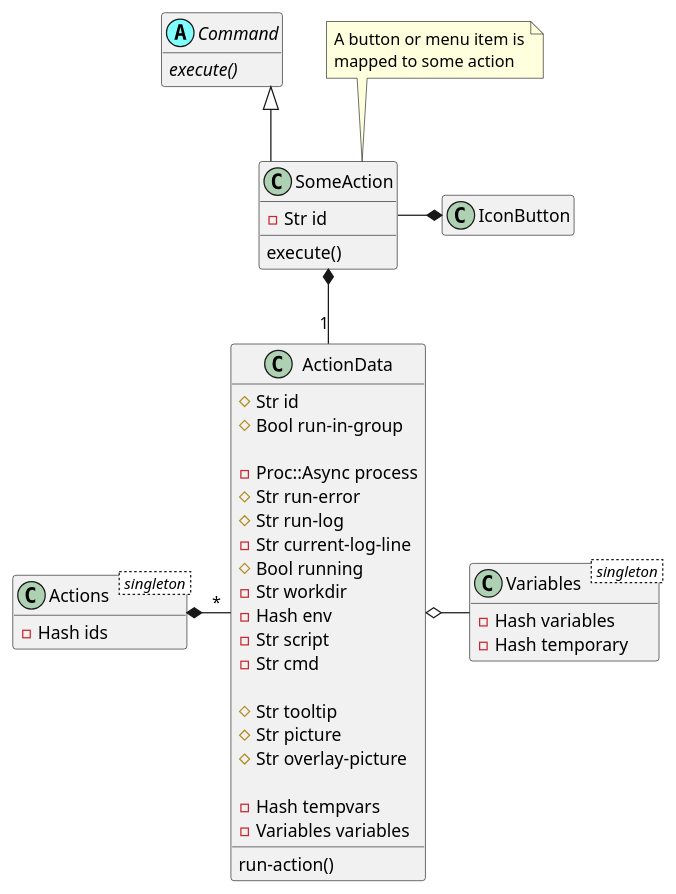
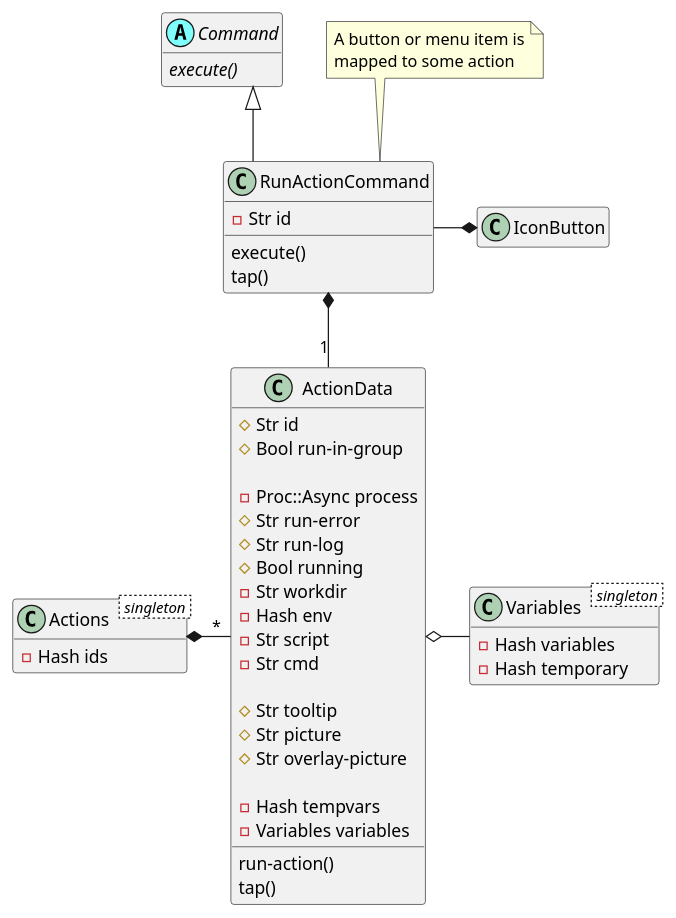
One commit to MARTIMM/SessionManager changed the first of 2 diagrams in doc/dispatcher.md. Above: the diagram before and after it, drawn with PlantUML. The commit also changed other lines of this file, not shown here.

````diff
--- a/doc/dispatcher.md
+++ b/doc/dispatcher.md
@@ -45,65 +45,66 @@
 ```plantuml
 @startuml
 
 'scale 0.8
 
 skinparam packageStyle rectangle
 skinparam stereotypeCBackgroundColor #80ffff
 skinparam linetype ortho
 
 set namespaceSeparator ::
 hide empty members
 
 abstract class Command <<(A,#80ffff)>> {
   {abstract} execute()
 }
 
-class SomeAction {
+class RunActionCommand {
   - Str id
   execute()
+  tap()
 }
 
 note "A button or menu item is\nmapped to some action" as N1
-N1 .. SomeAction
+N1 .. RunActionCommand
 
 class Variables < singleton > {
   - Hash variables
   - Hash temporary
 }
 
 class Actions < singleton > {
   - Hash ids
 }
 
 class ActionData {
   # Str id
   # Bool run-in-group
 
   - Proc::Async process
   # Str run-error
   # Str run-log
-  - Str current-log-line
   # Bool running
   - Str workdir
   - Hash env
   - Str script
   - Str cmd
 
   # Str tooltip
   # Str picture
   # Str overlay-picture
 
   - Hash tempvars
   - Variables variables
 
   run-action()
+  tap()
 }
 
 Actions *- "*" ActionData
-Command <|-- SomeAction
-SomeAction *-- "1" ActionData
+Command <|-- RunActionCommand
+RunActionCommand *-- "1" ActionData
 ActionData o- Variables
-SomeAction -* IconButton
+RunActionCommand -* IconButton
 
 @enduml
 ```
````
